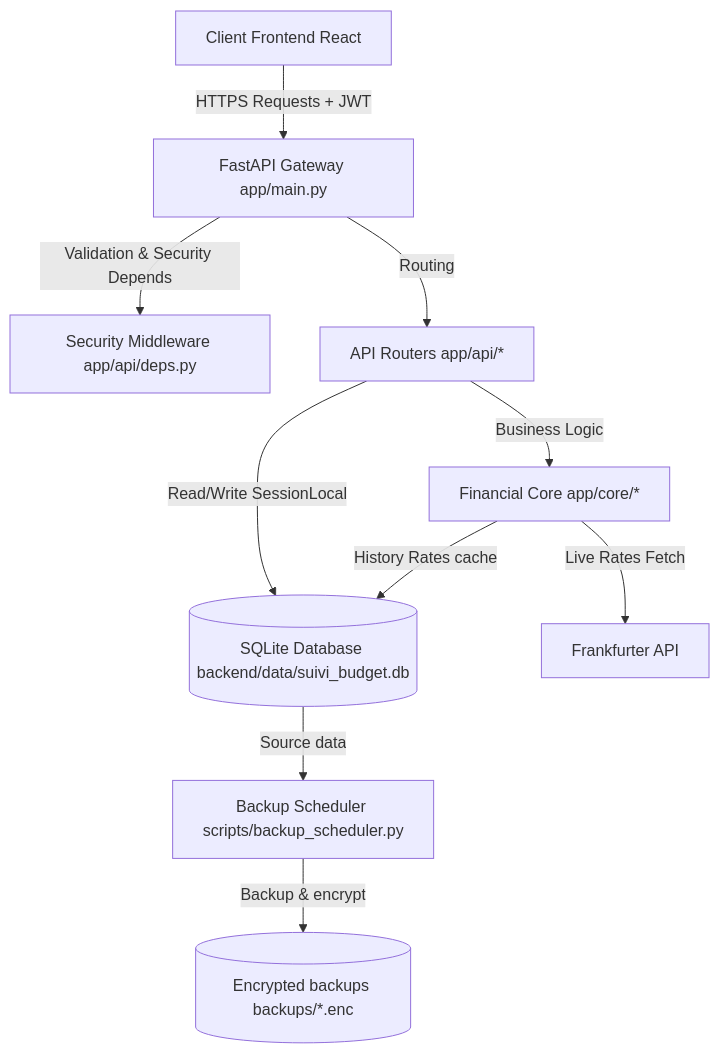
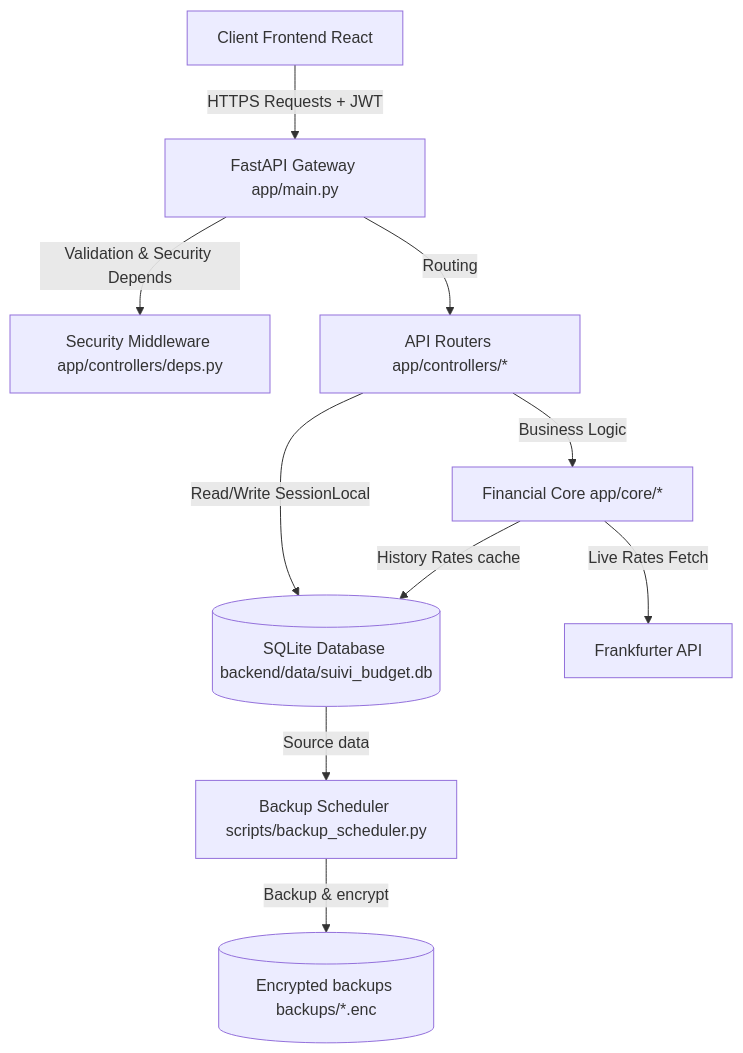
One commit to Hugo-Galley/Numera changed the diagram in docs/BACKEND.md. Above: the diagram before and after it, drawn with Mermaid. The commit also changed other lines of this file and 69 other files, not shown here.

First line of the commit message:
refactor: le dossier des routers devient controllers/

````diff
--- a/docs/BACKEND.md
+++ b/docs/BACKEND.md
@@ -58,12 +58,12 @@
 ```mermaid
 graph TD
     Client[Client Frontend React] -->|HTTPS Requests + JWT| API[FastAPI Gateway app/main.py]
-    API -->|Validation & Security Depends| Auth[Security Middleware app/api/deps.py]
-    API -->|Routing| Controllers[API Routers app/api/*]
+    API -->|Validation & Security Depends| Auth[Security Middleware app/controllers/deps.py]
+    API -->|Routing| Controllers[API Routers app/controllers/*]
     Controllers -->|Read/Write SessionLocal| DB[(SQLite Database backend/data/suivi_budget.db)]
     Controllers -->|Business Logic| Core[Financial Core app/core/*]
     Core -->|Live Rates Fetch| Frankfurter[Frankfurter API]
     Core -->|History Rates cache| DB
     BackupService[Backup Scheduler scripts/backup_scheduler.py] -->|Backup & encrypt| Backups[(Encrypted backups backups/*.enc)]
     DB -->|Source data| BackupService
 ```
````
